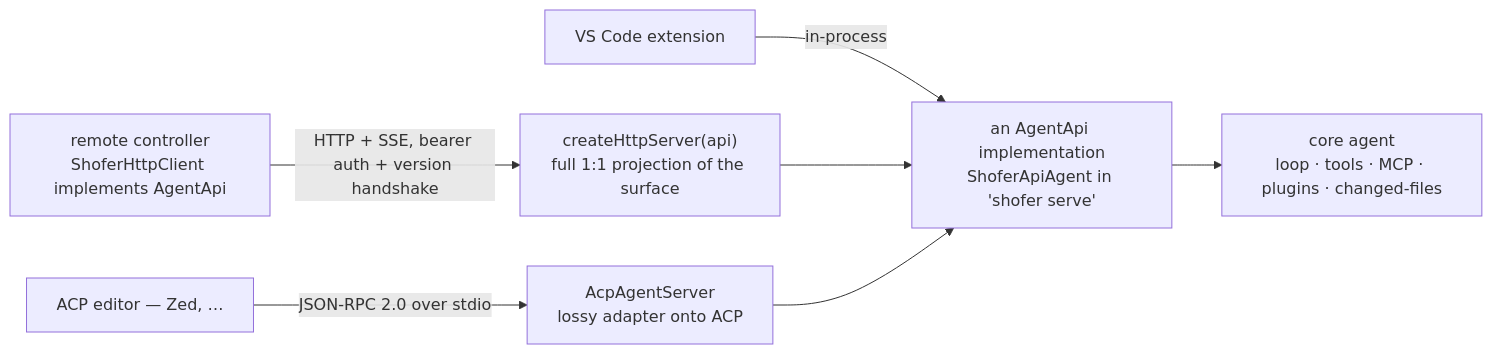
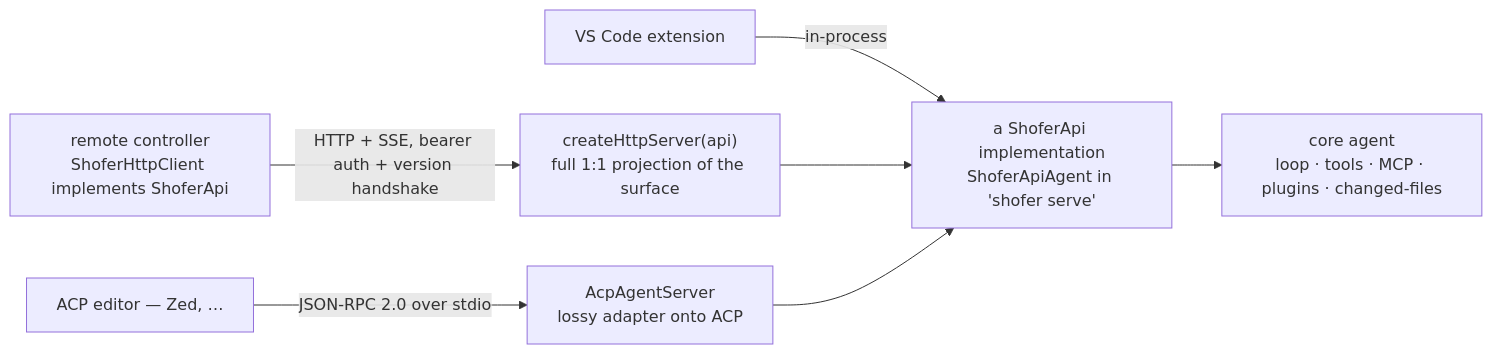
Before and after one commit to shofer-dev/shofer: the first of 4 diagrams in docs/agentapi.md, drawn with Mermaid. The commit also changed other lines of this file and 64 other files, not shown here.

First line of the commit message:
refactor(api)!: rename AgentApi -> ShoferApi, ShoferAPI -> ShoferExtensionApi

````diff
--- a/docs/agentapi.md
+++ b/docs/agentapi.md
@@ -25,18 +25,18 @@
 ```mermaid
 flowchart LR
     VS["VS Code extension"]
-    CTRLR["remote controller<br/>ShoferHttpClient implements AgentApi"]
+    CTRLR["remote controller<br/>ShoferHttpClient implements ShoferApi"]
     ED["ACP editor — Zed, …"]
 
     HS["createHttpServer(api)<br/>full 1:1 projection of the surface"]
     ACP["AcpAgentServer<br/>lossy adapter onto ACP"]
-    IMPL["an AgentApi implementation<br/>ShoferApiAgent in 'shofer serve'"]
+    IMPL["a ShoferApi implementation<br/>ShoferApiAgent in 'shofer serve'"]
     CORE["core agent<br/>loop · tools · MCP · plugins · changed-files"]
 
     VS -->|"in-process"| IMPL
     CTRLR -->|"HTTP + SSE, bearer auth + version handshake"| HS
     ED -->|"JSON-RPC 2.0 over stdio"| ACP
     HS --> IMPL
     ACP --> IMPL
     IMPL --> CORE
 ```
````
